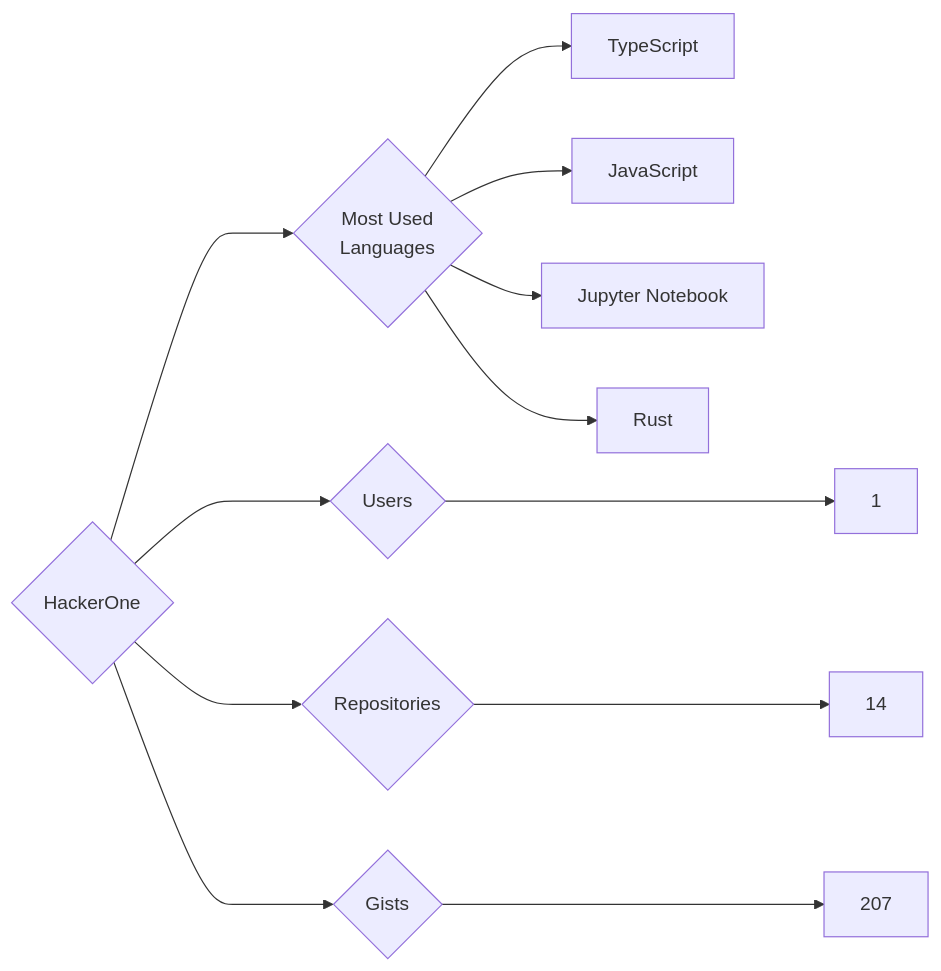
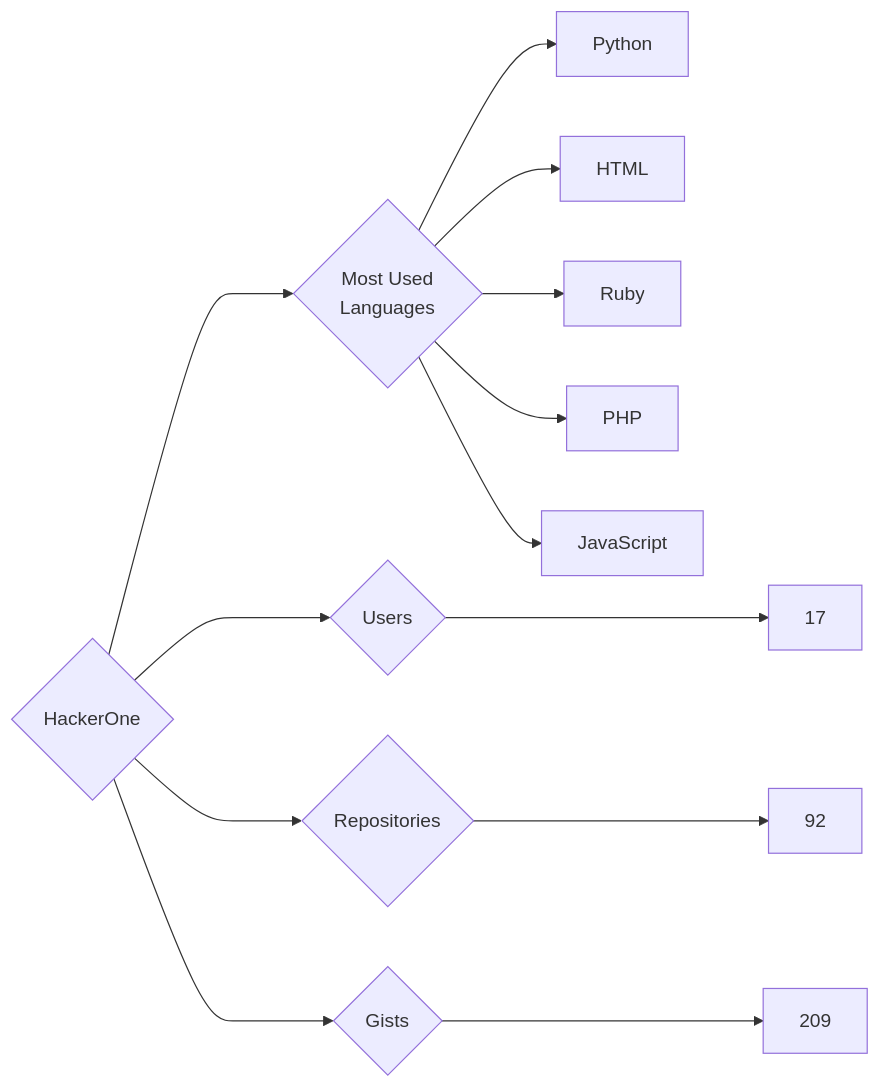
Before and after one commit to trickest/insiders: the diagram in targets/HackerOne/README.md, drawn with Mermaid. The commit also changed 1149 other files, not shown here.

````diff
--- a/targets/HackerOne/README.md
+++ b/targets/HackerOne/README.md
@@ -3,12 +3,13 @@
 ```mermaid
 graph LR
 COMPANY_NAME{HackerOne}
-COMPANY_NAME ---> U{Users} ---> UN[1]
-COMPANY_NAME ---> R{Repositories} ---> RN[14]
-COMPANY_NAME ---> G{Gists} ---> GN[207]
+COMPANY_NAME ---> U{Users} ---> UN[17]
+COMPANY_NAME ---> R{Repositories} ---> RN[92]
+COMPANY_NAME ---> G{Gists} ---> GN[209]
 COMPANY_NAME ---> ML{Most Used<br>Languages}
-ML --> TypeScript[TypeScript]
+ML --> Python[Python]
+ML --> HTML[HTML]
+ML --> Ruby[Ruby]
+ML --> PHP[PHP]
 ML --> JavaScript[JavaScript]
-ML --> Jupyter_Notebook[Jupyter Notebook]
-ML --> Rust[Rust]
 ```
````
